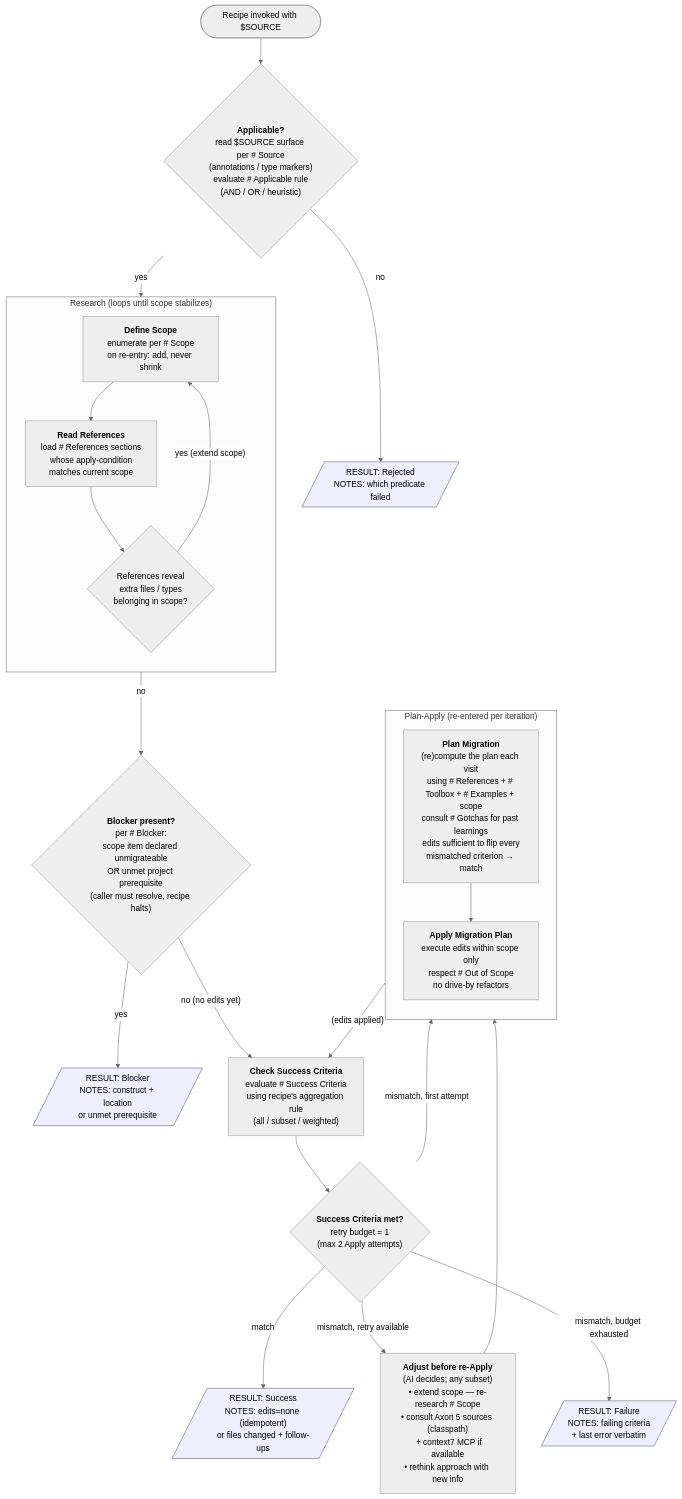
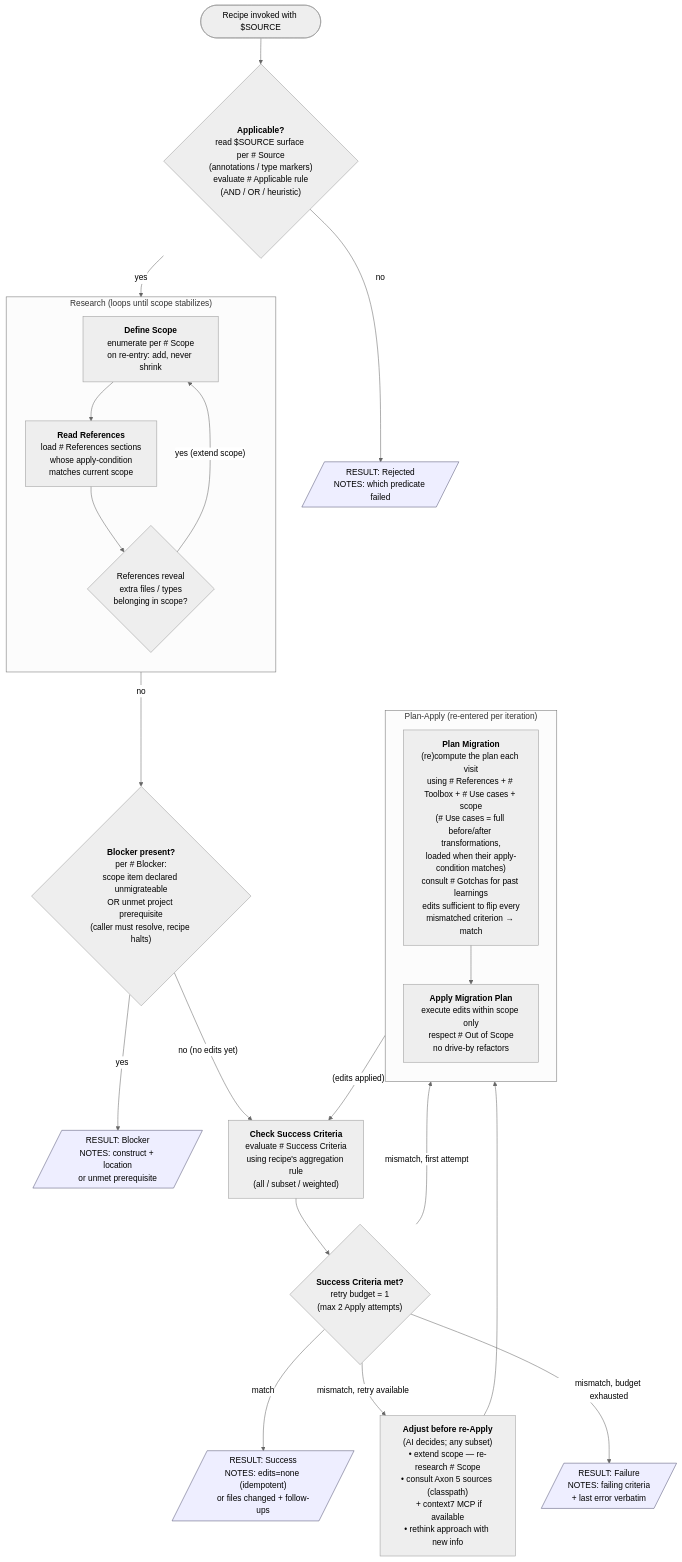
The diagram in skills/axon4to5-migrate/references/recipes/FLOW.md (AxonIQ/agent-skills), drawn with Mermaid (neutral theme) before and after one commit. The commit also changed 1 other file, not shown here.

Commit message:
skills(axon4to5-migrate): refine `RECIPE.md` and `FLOW.md` for improved structure and use-case integration
- Replaced `<example>` blocks in `RECIPE.md` with a markdown-based procedure format for clarity and parsing consistency.
- Enhanced explanations for `Toolbox` and `Use cases` sections, distinguishing small transformation snippets from full end-to-end examples.
- Updated `FLOW.md` to reference `Use cases` for applying migration paths when scoped conditions match.

````diff
--- a/skills/axon4to5-migrate/references/recipes/FLOW.md
+++ b/skills/axon4to5-migrate/references/recipes/FLOW.md
@@ -7,39 +7,39 @@
 ```mermaid
 flowchart TD
     S(["Recipe invoked with $SOURCE"]) --> S1{"<b>Applicable?</b><br/>read $SOURCE surface per # Source<br/>(annotations / type markers)<br/>evaluate # Applicable rule<br/>(AND / OR / heuristic)"}
     S1 -- no --> RJ[/"RESULT: Rejected<br/>NOTES: which predicate failed"/]
     S1 -- yes --> S2
 
     subgraph RESEARCH ["Research (loops until scope stabilizes)"]
         direction TB
         S2["<b>Define Scope</b><br/>enumerate per # Scope<br/>on re-entry: add, never shrink"]
         S3["<b>Read References</b><br/>load # References sections<br/>whose apply-condition<br/>matches current scope"]
         SQ{"References reveal<br/>extra files / types<br/>belonging in scope?"}
         S2 --> S3 --> SQ
         SQ -- "yes (extend scope)" --> S2
     end
 
     SQ -- no --> S4{"<b>Blocker present?</b><br/>per # Blocker:<br/>scope item declared unmigrateable<br/>OR unmet project prerequisite<br/>(caller must resolve, recipe halts)"}
     S4 -- yes --> BL[/"RESULT: Blocker<br/>NOTES: construct + location<br/>or unmet prerequisite"/]
     S4 -- "no (no edits yet)" --> S5
 
     S5["<b>Check Success Criteria</b><br/>evaluate # Success Criteria<br/>using recipe's aggregation rule<br/>(all / subset / weighted)"]
     S5 --> S5Q{"<b>Success Criteria met?</b><br/>retry budget = 1<br/>(max 2 Apply attempts)"}
     S5Q -- "match" --> SC[/"RESULT: Success<br/>NOTES: edits=none (idempotent)<br/>or files changed + follow-ups"/]
     S5Q -- "mismatch, first attempt" --> S6
     S5Q -- "mismatch, retry available" --> ADJ["<b>Adjust before re-Apply</b><br/>(AI decides; any subset)<br/>• extend scope — re-research # Scope<br/>• consult Axon 5 sources (classpath)<br/>&nbsp;&nbsp;+ context7 MCP if available<br/>• rethink approach with new info"]
     S5Q -- "mismatch, budget exhausted" --> FL[/"RESULT: Failure<br/>NOTES: failing criteria<br/>+ last error verbatim"/]
 
     ADJ --> S6
 
     subgraph PLAN_APPLY ["Plan-Apply (re-entered per iteration)"]
         direction TB
-        S6["<b>Plan Migration</b><br/>(re)compute the plan each visit<br/>using # References + # Toolbox + # Examples + scope<br/>consult # Gotchas for past learnings<br/>edits sufficient to flip every<br/>mismatched criterion → match"]
+        S6["<b>Plan Migration</b><br/>(re)compute the plan each visit<br/>using # References + # Toolbox + # Use cases + scope<br/>(# Use cases = full before/after transformations,<br/>loaded when their apply-condition matches)<br/>consult # Gotchas for past learnings<br/>edits sufficient to flip every<br/>mismatched criterion → match"]
         S7["<b>Apply Migration Plan</b><br/>execute edits within scope only<br/>respect # Out of Scope<br/>no drive-by refactors"]
         S6 --> S7
     end
     S7 -- "(edits applied)" --> S5
 
     classDef result fill:#eef,stroke:#557,stroke-width:1px;
     class RJ,BL,SC,FL result;
 ```
````
